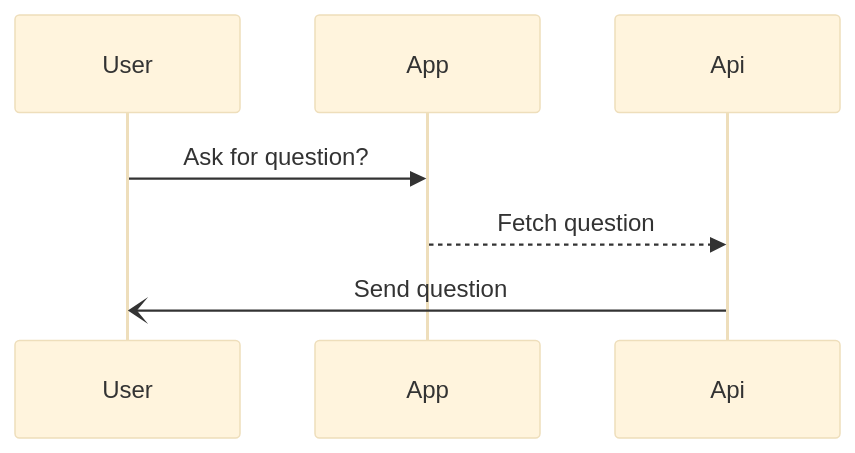
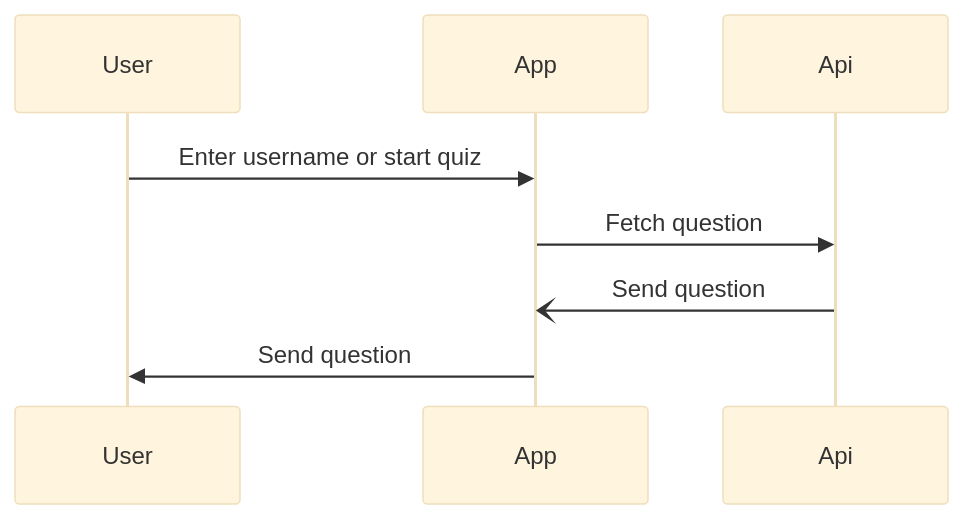
One commit to TheFullStackFred/fredrikstromberg-testing_typescipt-quiz_app changed the diagram in src/sequenceDiagram.md. Above: the diagram before and after it, drawn with Mermaid (base theme).

Commit message:
started on uml diagram

````diff
--- a/src/sequenceDiagram.md
+++ b/src/sequenceDiagram.md
@@ -1,10 +1,11 @@
 ```mermaid
 sequenceDiagram
     participant User
     participant App
     participant Api
 
-       User->>App: Ask for question?
-    App-->>Api: Fetch question
-    Api-)User: Send question
+       User->>App: Enter username or start quiz
+    App->>Api: Fetch question
+    Api-)App: Send question
+    App->>User: Send question
 ```
````
